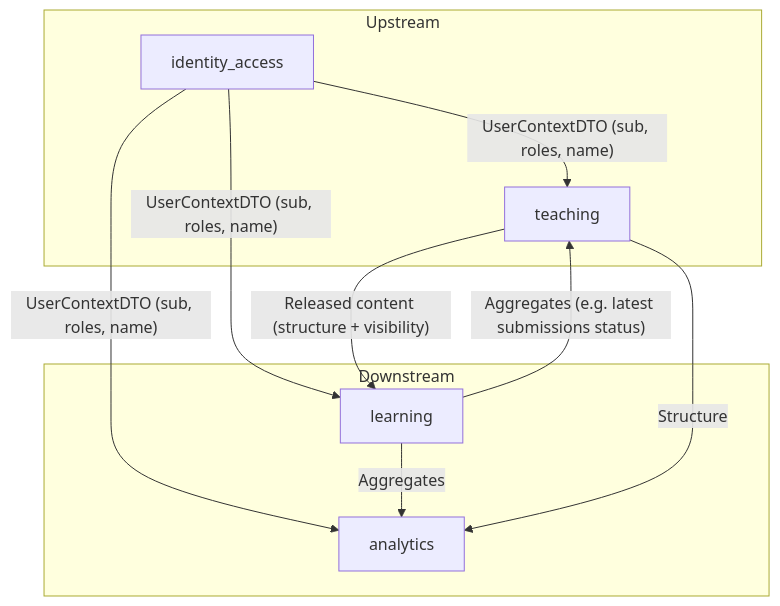
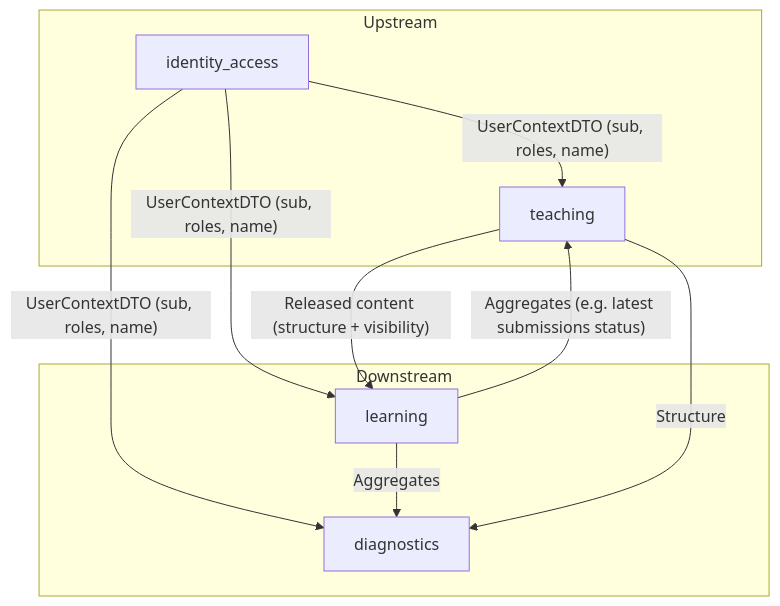
The diagram in docs/bounded_contexts.md (Rensing1/gustav), drawn with Mermaid before and after one commit. The commit also changed other lines of this file and 29 other files, not shown here.

````diff
--- a/docs/bounded_contexts.md
+++ b/docs/bounded_contexts.md
@@ -67,22 +67,22 @@
 ```mermaid
 graph TD
     subgraph "Upstream"
         identity_access[identity_access]
         teaching[teaching]
     end
 
     subgraph "Downstream"
         learning[learning]
-        analytics[analytics]
+        diagnostics[diagnostics]
     end
 
     identity_access -- UserContextDTO (sub, roles, name) --> teaching
     identity_access -- UserContextDTO (sub, roles, name) --> learning
-    identity_access -- UserContextDTO (sub, roles, name) --> analytics
+    identity_access -- UserContextDTO (sub, roles, name) --> diagnostics
 
     teaching -- Released content (structure + visibility) --> learning
 
     learning -- Aggregates (e.g. latest submissions status) --> teaching
-    learning -- Aggregates --> analytics
-    teaching -- Structure --> analytics
+    learning -- Aggregates --> diagnostics
+    teaching -- Structure --> diagnostics
 ```
````
